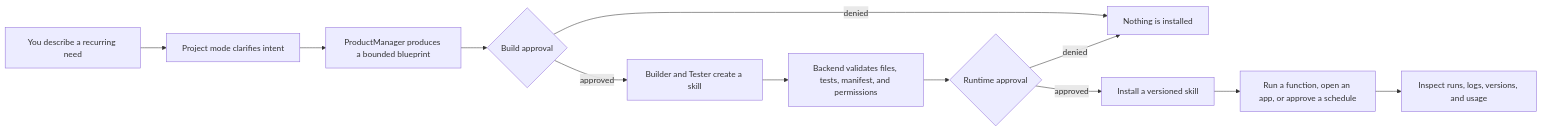
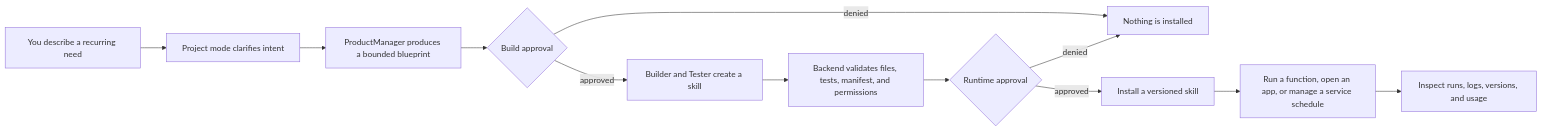
Before and after one commit to J0hnDing/eidolon-agent: the first of 2 diagrams in README.md, drawn with Mermaid. The commit also changed other lines of this file and 130 other files, not shown here.

````diff
--- a/README.md
+++ b/README.md
@@ -52,14 +52,14 @@
 ```mermaid
 flowchart LR
     A["You describe a recurring need"] --> B["Project mode clarifies intent"]
     B --> C["ProductManager produces a bounded blueprint"]
     C --> D{"Build approval"}
     D -->|approved| E["Builder and Tester create a skill"]
     D -->|denied| X["Nothing is installed"]
     E --> F["Backend validates files, tests, manifest, and permissions"]
     F --> G{"Runtime approval"}
     G -->|approved| H["Install a versioned skill"]
     G -->|denied| X
-    H --> I["Run a function, open an app, or approve a schedule"]
+    H --> I["Run a function, open an app, or manage a service schedule"]
     I --> J["Inspect runs, logs, versions, and usage"]
 ```
````
